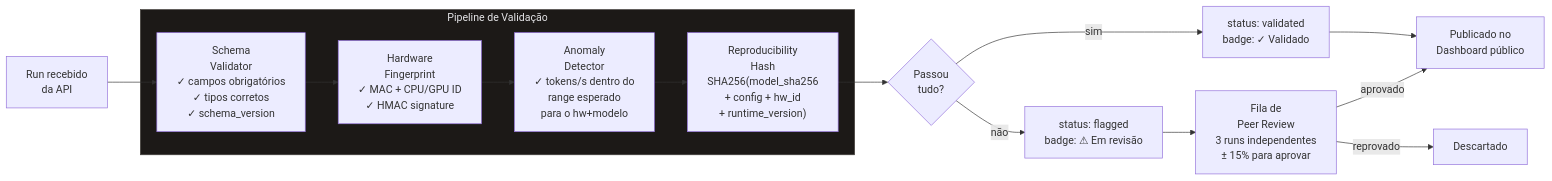
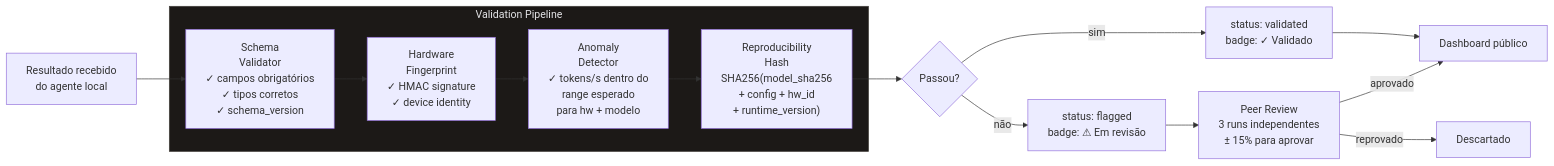
Before and after one commit to maktheus/Tcc-front-env-v3: the fifth of 6 diagrams in docs/architecture.md, drawn with Mermaid. The commit also changed other lines of this file and 2 other files, not shown here.

First line of the commit message:
feat: adopt Local Agent pattern across docs and front

````diff
--- a/docs/architecture.md
+++ b/docs/architecture.md
@@ -210,23 +222,22 @@
 ```mermaid
 flowchart LR
-    R["Run recebido\nda API"] --> S1
+    R["Resultado recebido\ndo agente local"] --> S1
 
-    subgraph VALIDATION["Pipeline de Validação"]
+    subgraph VALIDATION["Validation Pipeline"]
         S1["Schema\nValidator\n✓ campos obrigatórios\n✓ tipos corretos\n✓ schema_version"] -->
-        S2["Hardware\nFingerprint\n✓ MAC + CPU/GPU ID\n✓ HMAC signature"] -->
-        S3["Anomaly\nDetector\n✓ tokens/s dentro do\n  range esperado\n  para o hw+modelo"] -->
+        S2["Hardware\nFingerprint\n✓ HMAC signature\n✓ device identity"] -->
+        S3["Anomaly\nDetector\n✓ tokens/s dentro do\n  range esperado\n  para hw + modelo"] -->
         S4["Reproducibility\nHash\nSHA256(model_sha256\n+ config + hw_id\n+ runtime_version)"]
     end
 
-    S4 --> D{Passou\ntudo?}
-
+    S4 --> D{Passou?}
     D -->|sim| V["status: validated\nbadge: ✓ Validado"]
     D -->|não| F["status: flagged\nbadge: ⚠ Em revisão"]
 
-    V --> P["Publicado no\nDashboard público"]
-    F --> PR["Fila de\nPeer Review\n3 runs independentes\n± 15% para aprovar"]
+    V --> P["Dashboard público"]
+    F --> PR["Peer Review\n3 runs independentes\n± 15% para aprovar"]
     PR -->|aprovado| P
     PR -->|reprovado| X["Descartado"]
 
     style VALIDATION fill:#1c1917,stroke:#44403c,color:#e4e4e7
 ```
````
